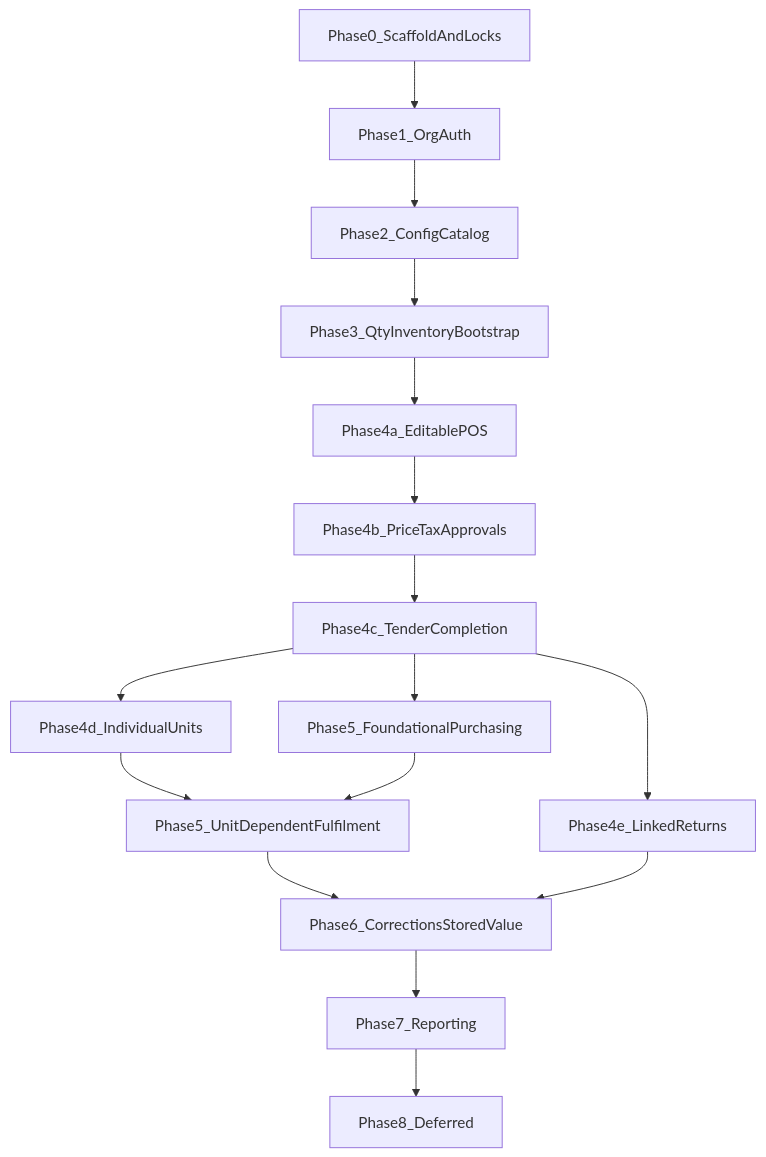
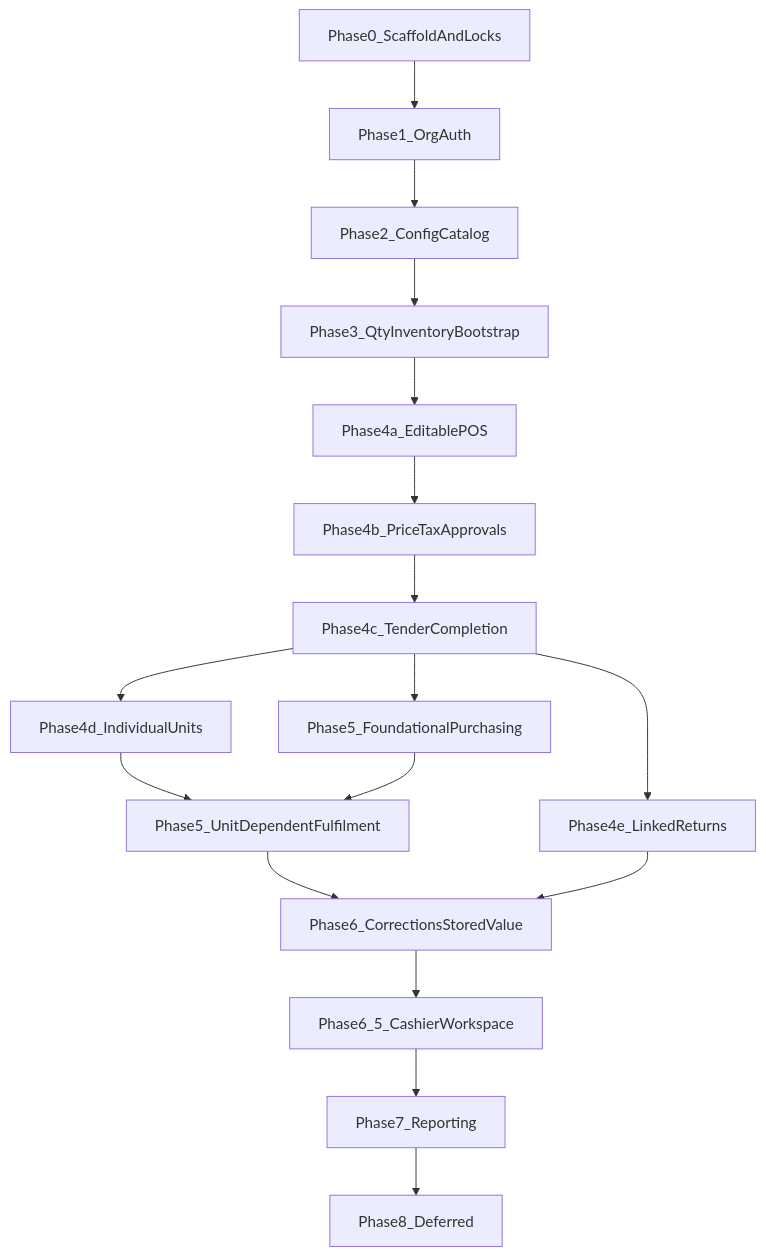
One commit to tswarren/shelfstack-5 changed the diagram in docs/implementation/roadmap.md. Above: the diagram before and after it, drawn with Mermaid. The commit also changed other lines of this file and 9 other files, not shown here.

````diff
--- a/docs/implementation/roadmap.md
+++ b/docs/implementation/roadmap.md
@@ -29,26 +29,27 @@
 ```mermaid
 flowchart TD
   P0[Phase0_ScaffoldAndLocks]
   P1[Phase1_OrgAuth]
   P2[Phase2_ConfigCatalog]
   P3[Phase3_QtyInventoryBootstrap]
   P4a[Phase4a_EditablePOS]
   P4b[Phase4b_PriceTaxApprovals]
   P4c[Phase4c_TenderCompletion]
   P4d[Phase4d_IndividualUnits]
   P4e[Phase4e_LinkedReturns]
   P5f[Phase5_FoundationalPurchasing]
   P5u[Phase5_UnitDependentFulfilment]
   P6[Phase6_CorrectionsStoredValue]
+  P65[Phase6_5_CashierWorkspace]
   P7[Phase7_Reporting]
   P8[Phase8_Deferred]
 
   P0 --> P1 --> P2 --> P3 --> P4a --> P4b --> P4c
   P4c --> P4d
   P4c --> P4e
   P4c --> P5f
   P4d --> P5u
   P5f --> P5u
-  P5u --> P6 --> P7 --> P8
+  P5u --> P6 --> P65 --> P7 --> P8
   P4e --> P6
 ```
````
